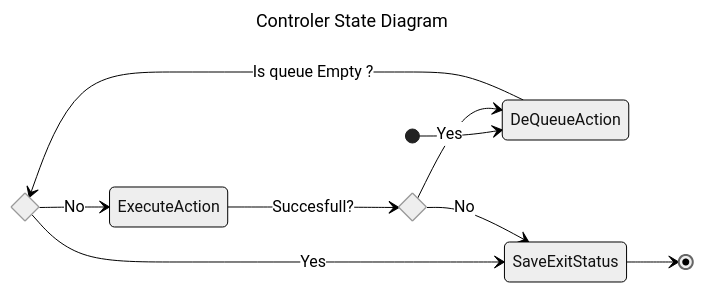
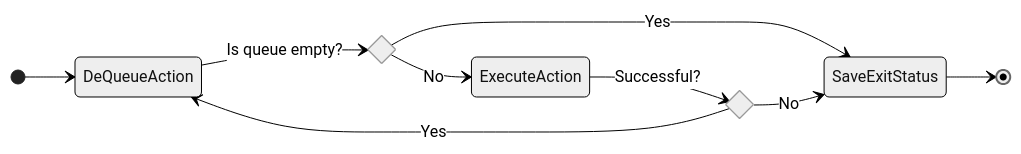
The diagram in Docs/ControllerFlowDiagram.mmd (daviddans/GEI-FIC4-ROBO), drawn with Mermaid (neutral theme) before and after one commit.

```diff
--- a/Docs/ControllerFlowDiagram.mmd
+++ b/Docs/ControllerFlowDiagram.mmd
@@ -1,18 +1,23 @@
----
-title: Controler State Diagram
----
-stateDiagram
+stateDiagram-v2
   direction LR
+
+  [*] --> s1
+
+  state "DeQueueAction" as s1
+  state "ExecuteAction" as s2
+  state "SaveExitStatus" as s10
+
   state s5 <<choice>>
   state s12 <<choice>>
-  [*] --> s1
-  s1 --> s5:Is queue Empty ?
-  s5 --> s2:No
+
+  s1 --> s5 : Is queue empty?
+
+  s5 --> s2 : No
+  s5 --> s10 : Yes
+
+  s2 --> s12 : Successful?
+
+  s12 --> s1 : Yes
+  s12 --> s10 : No
+
   s10 --> [*]
-  s5 --> s10:Yes
-  s2 --> s12:Succesfull?
-  s12 --> s1:Yes
-  s12 --> s10:No
-  s1:DeQueueAction
-  s2:ExecuteAction
-  s10:SaveExitStatus
```
